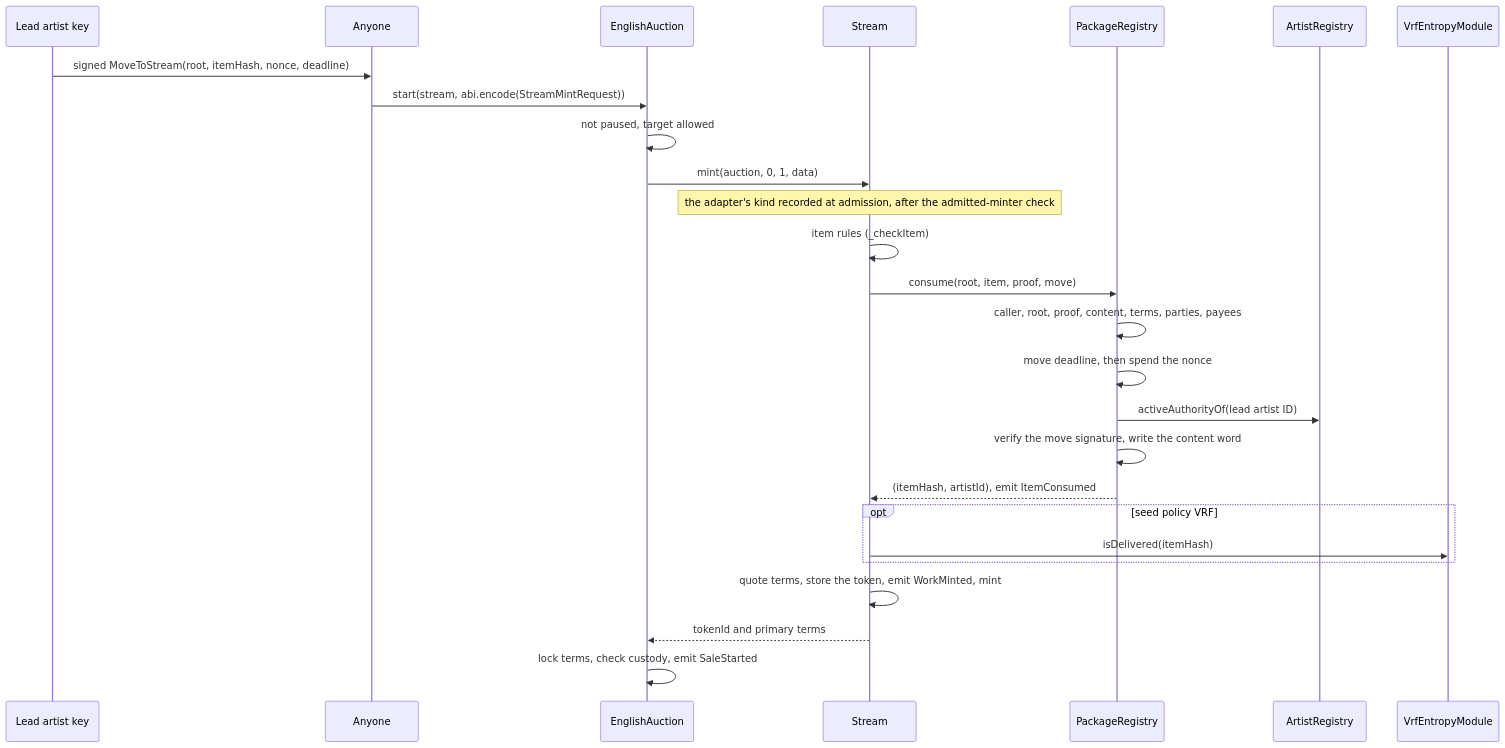
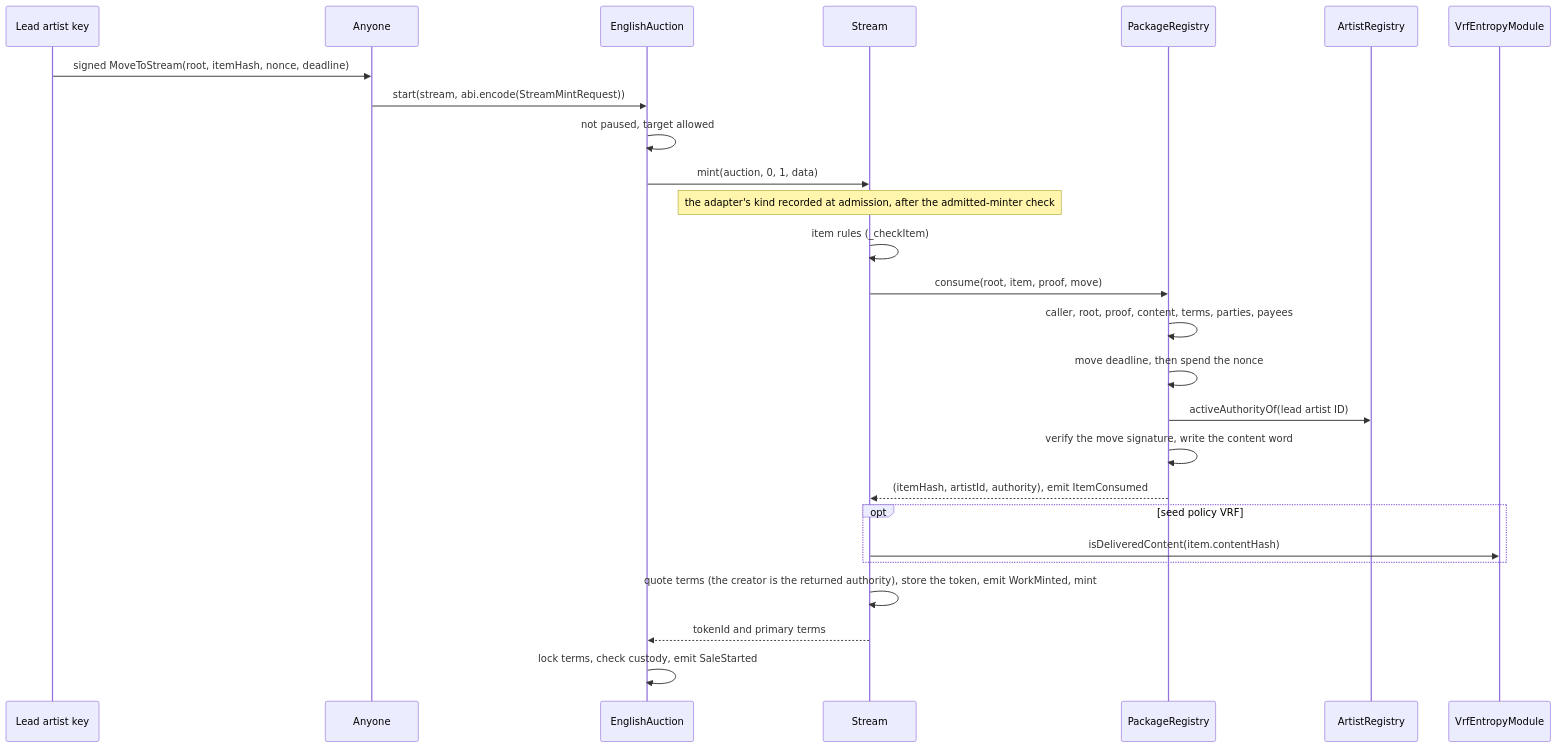
Before and after one commit to 6529-Collections/6529-works: the sixth of 8 diagrams in docs/spec/curation.md, drawn with Mermaid. The commit also changed other lines of this file and 27 other files, not shown here.

First line of the commit message:
Start-row margin: consume returns the authority, one-word VRF check by content; post-replacement budget

````diff
--- a/docs/spec/curation.md
+++ b/docs/spec/curation.md
@@ -297,28 +297,28 @@
 ```mermaid
 sequenceDiagram
     participant Lead as Lead artist key
     participant Anyone as Anyone
     participant Auction as EnglishAuction
     participant Stream as Stream
     participant Registry as PackageRegistry
     participant Artists as ArtistRegistry
     participant Entropy as VrfEntropyModule
     Lead->>Anyone: signed MoveToStream(root, itemHash, nonce, deadline)
     Anyone->>Auction: start(stream, abi.encode(StreamMintRequest))
     Auction->>Auction: not paused, target allowed
     Auction->>Stream: mint(auction, 0, 1, data)
     Note over Stream: the adapter's kind recorded at admission, after the admitted-minter check
     Stream->>Stream: item rules (_checkItem)
     Stream->>Registry: consume(root, item, proof, move)
     Registry->>Registry: caller, root, proof, content, terms, parties, payees
     Registry->>Registry: move deadline, then spend the nonce
     Registry->>Artists: activeAuthorityOf(lead artist ID)
     Registry->>Registry: verify the move signature, write the content word
-    Registry-->>Stream: (itemHash, artistId), emit ItemConsumed
+    Registry-->>Stream: (itemHash, artistId, authority), emit ItemConsumed
     opt seed policy VRF
-        Stream->>Entropy: isDelivered(itemHash)
+        Stream->>Entropy: isDeliveredContent(item.contentHash)
     end
-    Stream->>Stream: quote terms, store the token, emit WorkMinted, mint
+    Stream->>Stream: quote terms (the creator is the returned authority), store the token, emit WorkMinted, mint
     Stream-->>Auction: tokenId and primary terms
     Auction->>Auction: lock terms, check custody, emit SaleStarted
 ```
````
